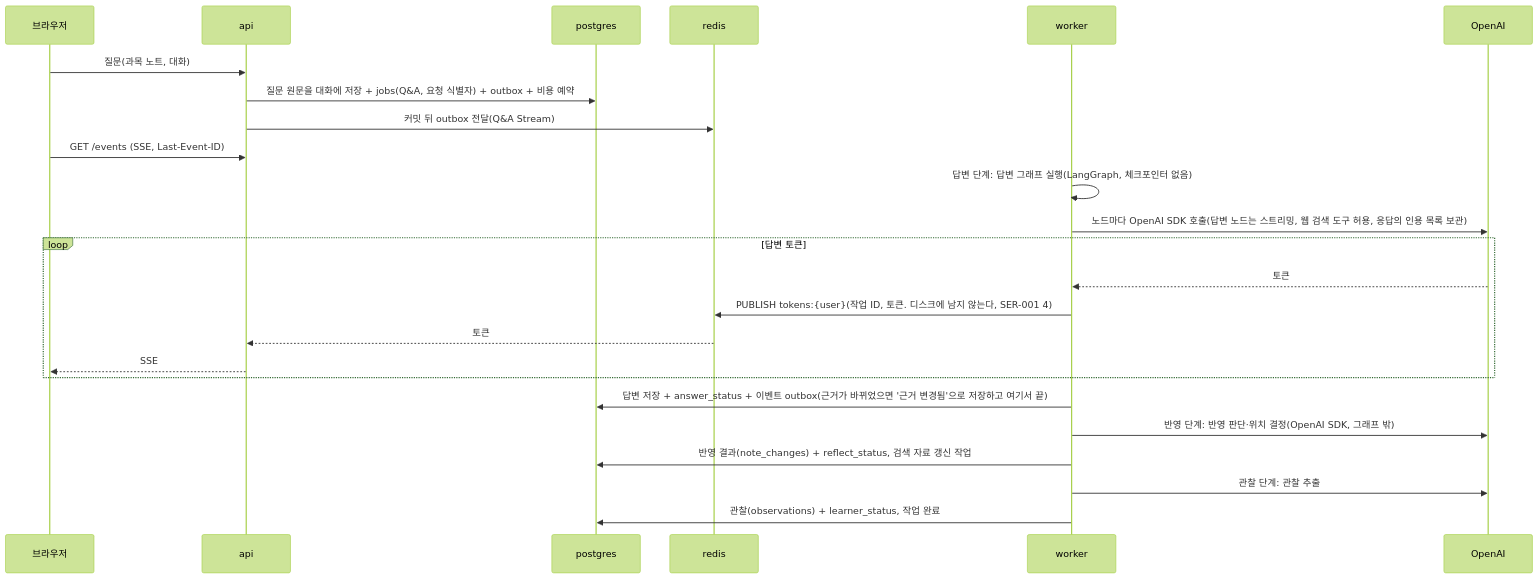
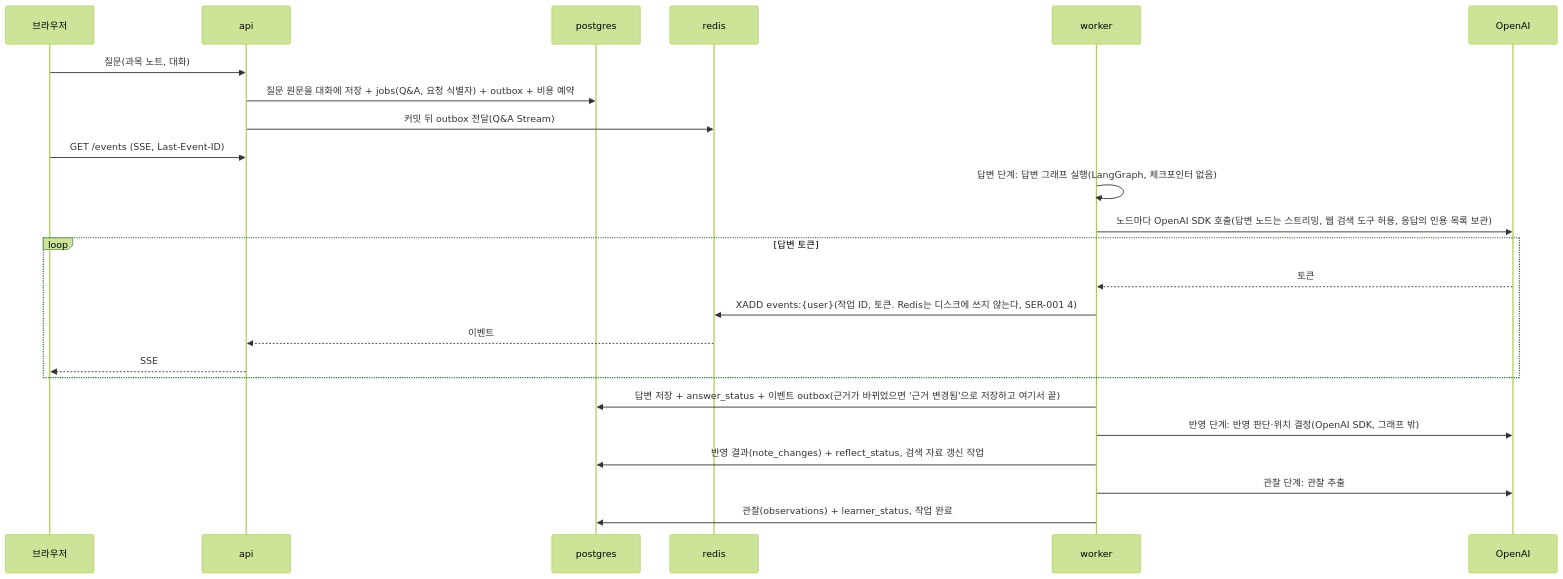
The seventh of 11 diagrams in docs/architecture.md (MinGyu-Kim0/notree), drawn with Mermaid (forest theme) before and after one commit. The commit also changed other lines of this file and 3 other files, not shown here.

````diff
--- a/docs/architecture.md
+++ b/docs/architecture.md
@@ -231,26 +231,26 @@
 ```mermaid
 sequenceDiagram
   participant B as 브라우저
   participant A as api
   participant P as postgres
   participant RD as redis
   participant K as worker
   participant CL as OpenAI
   B->>A: 질문(과목 노트, 대화)
   A->>P: 질문 원문을 대화에 저장 + jobs(Q&A, 요청 식별자) + outbox + 비용 예약
   A->>RD: 커밋 뒤 outbox 전달(Q&A Stream)
   B->>A: GET /events (SSE, Last-Event-ID)
   K->>K: 답변 단계: 답변 그래프 실행(LangGraph, 체크포인터 없음)
   K->>CL: 노드마다 OpenAI SDK 호출(답변 노드는 스트리밍, 웹 검색 도구 허용, 응답의 인용 목록 보관)
   loop 답변 토큰
     CL-->>K: 토큰
-    K->>RD: PUBLISH tokens:{user}(작업 ID, 토큰. 디스크에 남지 않는다, SER-001 4)
-    RD-->>A: 토큰
+    K->>RD: XADD events:{user}(작업 ID, 토큰. Redis는 디스크에 쓰지 않는다, SER-001 4)
+    RD-->>A: 이벤트
     A-->>B: SSE
   end
   K->>P: 답변 저장 + answer_status + 이벤트 outbox(근거가 바뀌었으면 '근거 변경됨'으로 저장하고 여기서 끝)
   K->>CL: 반영 단계: 반영 판단·위치 결정(OpenAI SDK, 그래프 밖)
   K->>P: 반영 결과(note_changes) + reflect_status, 검색 자료 갱신 작업
   K->>CL: 관찰 단계: 관찰 추출
   K->>P: 관찰(observations) + learner_status, 작업 완료
 ```
````
